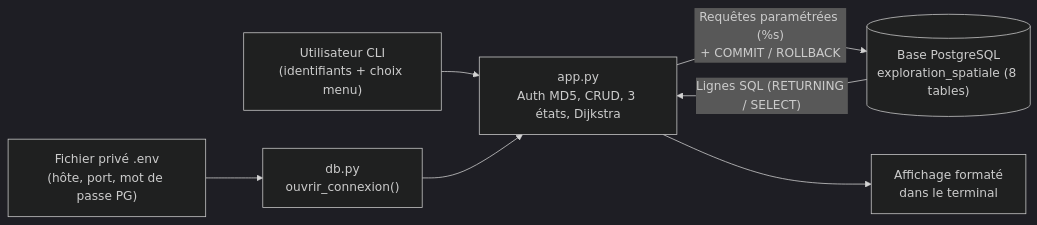
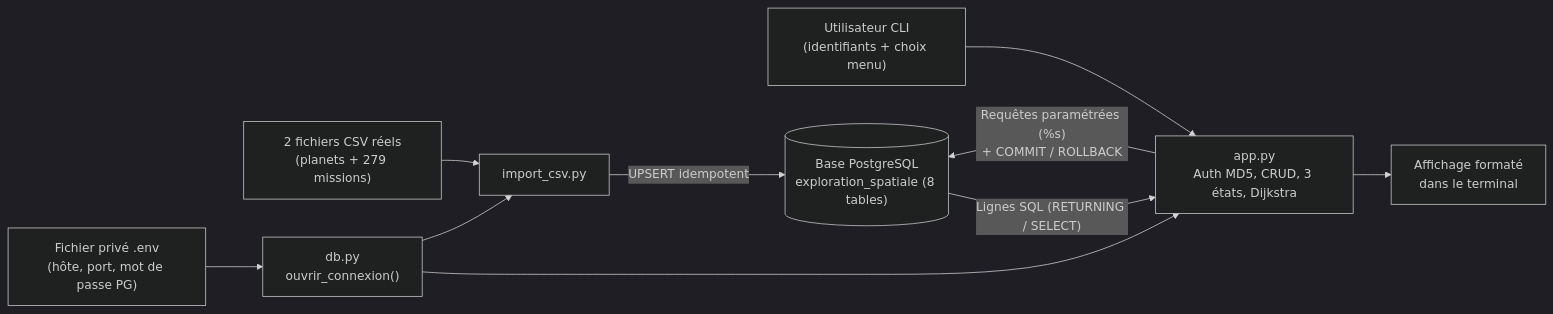
The diagram in docs/role-script-python.md (GuillaumeWnt/devoirBDD), drawn with Mermaid (dark theme) before and after one commit. The commit also changed other lines of this file and 15 other files, not shown here.

First line of the commit message:
feat(data,bdd,cli): integrer les 2 bases csv reelles sans etendre le schema 8 tables

````diff
--- a/docs/role-script-python.md
+++ b/docs/role-script-python.md
@@ -36,9 +36,12 @@
 ```mermaid
 flowchart LR
+    CSV["2 fichiers CSV réels<br/>(planets + 279 missions)"] --> IMP["import_csv.py"]
     ENV["Fichier privé .env<br/>(hôte, port, mot de passe PG)"] --> DB["db.py<br/>ouvrir_connexion()"]
     USER["Utilisateur CLI<br/>(identifiants + choix menu)"] --> APP["app.py<br/>Auth MD5, CRUD, 3 états, Dijkstra"]
     DB --> APP
-    APP -->|"Requêtes paramétrées (%s)<br/>+ COMMIT / ROLLBACK"| PG[("Base PostgreSQL<br/>exploration_spatiale (8 tables)")]
+    DB --> IMP
+    IMP -->|"UPSERT idempotent"| PG[("Base PostgreSQL<br/>exploration_spatiale (8 tables)")]
+    APP -->|"Requêtes paramétrées (%s)<br/>+ COMMIT / ROLLBACK"| PG
     PG -->|"Lignes SQL (RETURNING / SELECT)"| APP
     APP --> TERM["Affichage formaté<br/>dans le terminal"]
 ```
````
